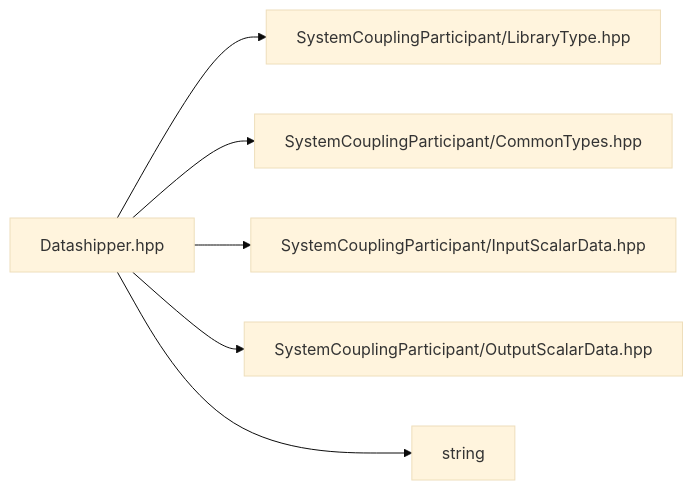
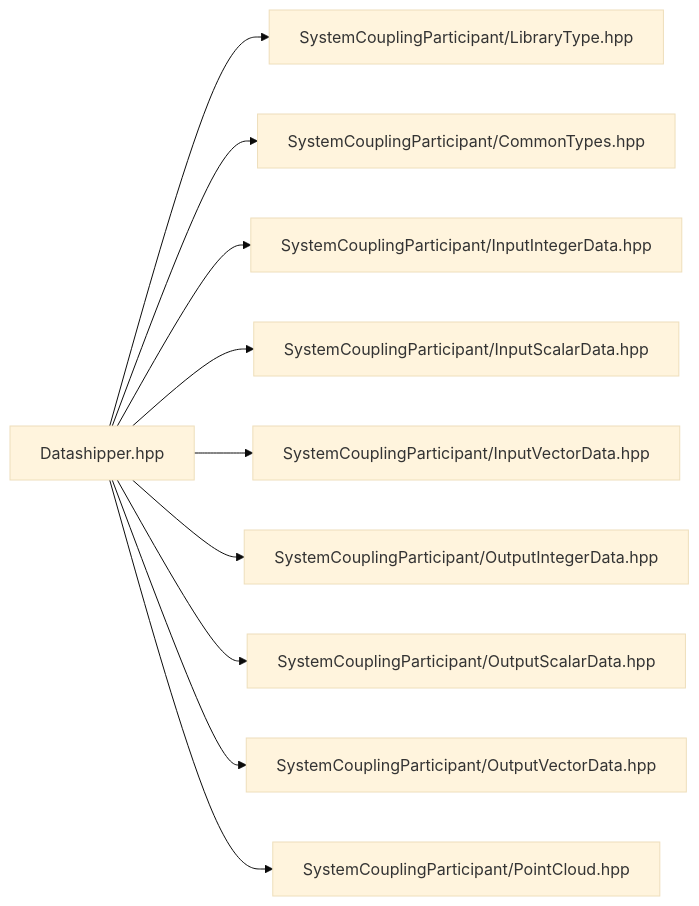
Before and after one commit to ansys/DevRelDocs: the diagram in 2025R2/system-coupling-2025-r2/articles/cpp-reference/Datashipper_8hpp.md, drawn with Mermaid (base theme). The commit also changed other lines of this file and 96 other files, not shown here.

Commit message:
update SystemCoupling 252R documentation

````diff
--- a/2025R2/system-coupling-2025-r2/articles/cpp-reference/Datashipper_8hpp.md
+++ b/2025R2/system-coupling-2025-r2/articles/cpp-reference/Datashipper_8hpp.md
@@ -23,21 +27,33 @@
 ```mermaid
 graph LR
-4["SystemCouplingParticipant/InputScalarData.hpp"]
+4["SystemCouplingParticipant/InputIntegerData.hpp"]
 
-6["string"]
+6["SystemCouplingParticipant/InputVectorData.hpp"]
+
+5["SystemCouplingParticipant/InputScalarData.hpp"]
+
+10["SystemCouplingParticipant/PointCloud.hpp"]
 
 3["SystemCouplingParticipant/CommonTypes.hpp"]
 
-5["SystemCouplingParticipant/OutputScalarData.hpp"]
+7["SystemCouplingParticipant/OutputIntegerData.hpp"]
+
+8["SystemCouplingParticipant/OutputScalarData.hpp"]
 
 1["Datashipper.hpp"]
 click 1 "Datashipper_8hpp.md#Datashipper_8hpp"
 1 --> 2
 1 --> 3
 1 --> 4
 1 --> 5
 1 --> 6
+1 --> 7
+1 --> 8
+1 --> 9
+1 --> 10
+
+9["SystemCouplingParticipant/OutputVectorData.hpp"]
 
 2["SystemCouplingParticipant/LibraryType.hpp"]
 
 ```
````
